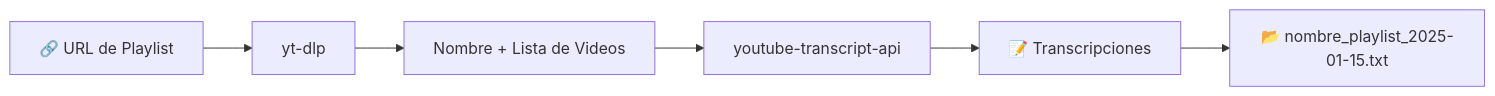
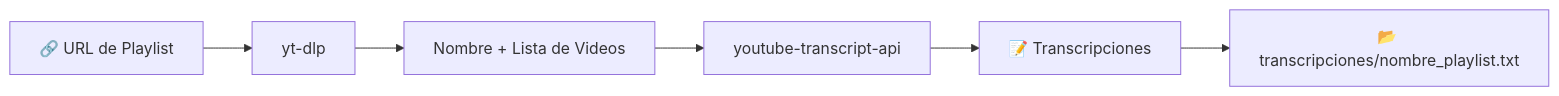
One commit to Jean1722343/playlist_extract changed the diagram in README.md. Above: the diagram before and after it, drawn with Mermaid. The commit also changed other lines of this file and 5 other files, not shown here.

````diff
--- a/README.md
+++ b/README.md
@@ -109,8 +83,8 @@
 ```mermaid
 graph LR
     A["🔗 URL de Playlist"] --> B["yt-dlp"]
     B --> C["Nombre + Lista de Videos"]
     C --> D["youtube-transcript-api"]
     D --> E["📝 Transcripciones"]
-    E --> F["📂 nombre_playlist_2025-01-15.txt"]
+    E --> F["📂 transcripciones/nombre_playlist.txt"]
 ```
````
